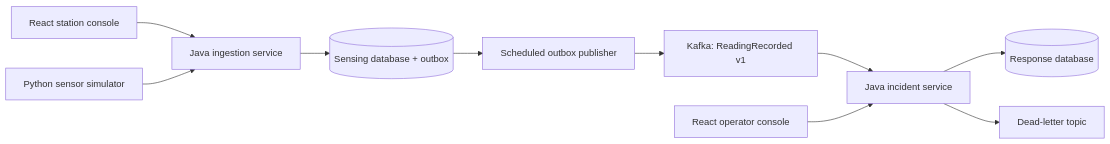
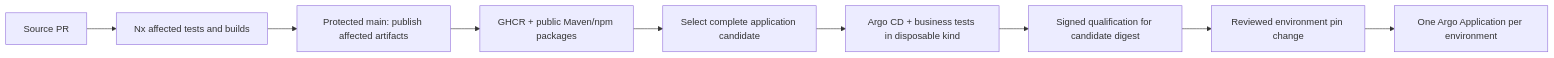
The diagram in README.md (RPJWeez/delivery-reference-platform), drawn with Mermaid before and after one commit. The commit also changed other lines of this file and 73 other files, not shown here.

Commit message:
Replace delivery prototype with affected builds and application artifact tooling

````diff
--- a/README.md
+++ b/README.md
@@ -9,12 +11,11 @@
 ```mermaid
 flowchart LR
-  Station[React station console] --> Ingest[Java ingestion service]
-  Sim[Python sensor simulator] --> Ingest
-  Ingest --> DB[(Sensing database + outbox)]
-  DB --> Publisher[Scheduled outbox publisher]
-  Publisher --> Kafka[Kafka: ReadingRecorded v1]
-  Kafka --> Incidents[Java incident service]
-  Incidents --> ResponseDB[(Response database)]
-  Ops[React operator console] --> Incidents
-  Incidents --> DLT[Dead-letter topic]
+  PR[Source PR] --> Nx[Nx affected tests and builds]
+  Nx --> Publish[Protected main: publish affected artifacts]
+  Publish --> Registry[GHCR + public Maven/npm packages]
+  Registry --> Candidate[Select complete application candidate]
+  Candidate --> Qualify[Argo CD + business tests in disposable kind]
+  Qualify --> Evidence[Signed qualification for candidate digest]
+  Evidence --> Promote[Reviewed environment pin change]
+  Promote --> Argo[One Argo Application per environment]
 ```
````
